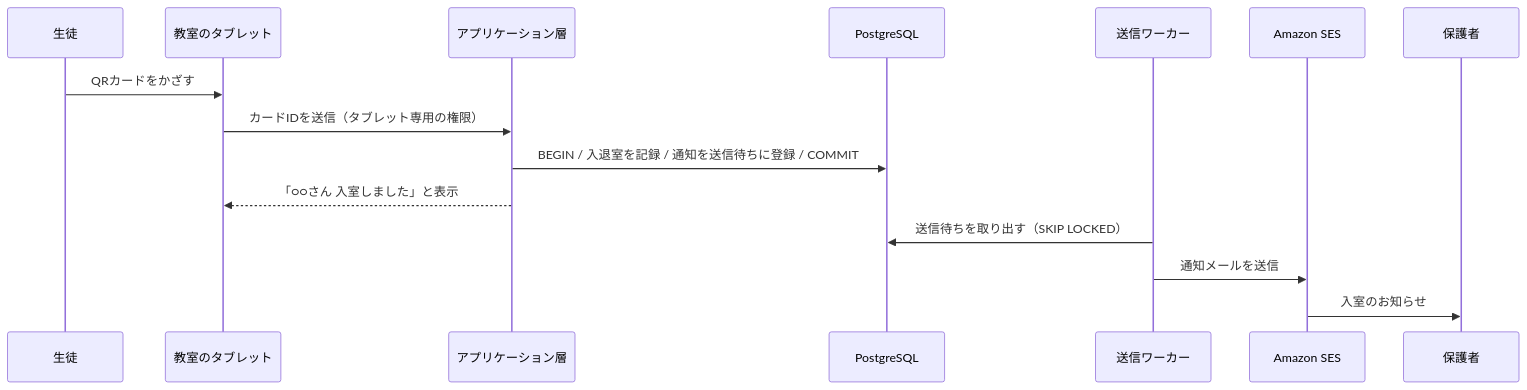
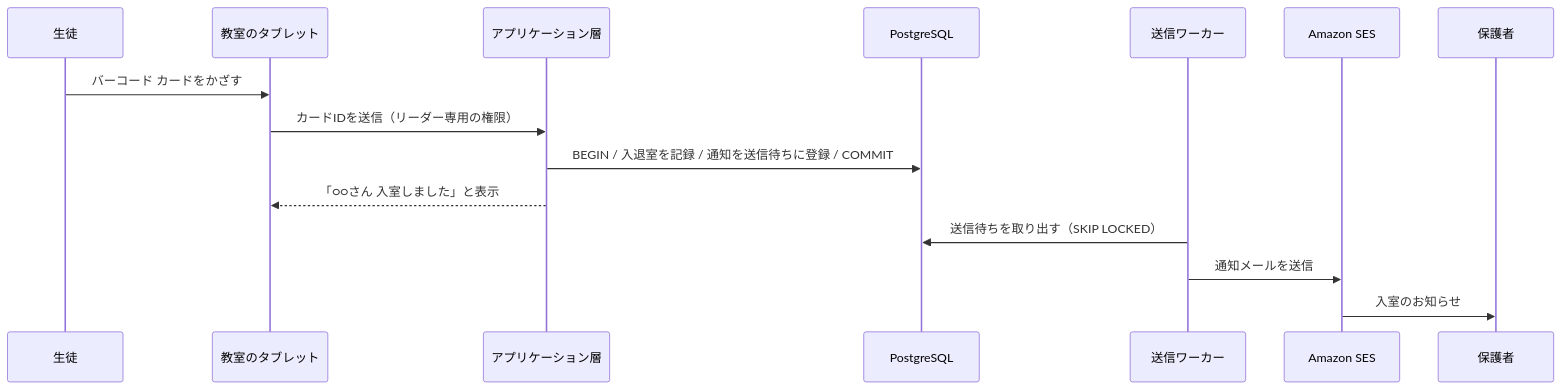
One commit to htatemura/classroom-sidecar changed the second of 2 diagrams in architecture.md. Above: the diagram before and after it, drawn with Mermaid. The commit also changed other lines of this file, not shown here.

````diff
--- a/architecture.md
+++ b/architecture.md
@@ -217,18 +217,18 @@
 ```mermaid
 sequenceDiagram
     participant S as 生徒
     participant K as 教室のタブレット
     participant A as アプリケーション層
     participant DB as PostgreSQL
     participant W as 送信ワーカー
     participant SES as Amazon SES
     participant P as 保護者
 
-    S->>K: QRカードをかざす
-    K->>A: カードIDを送信（タブレット専用の権限）
+    S->>K: バーコード カードをかざす
+    K->>A: カードIDを送信（リーダー専用の権限）
     A->>DB: BEGIN / 入退室を記録 / 通知を送信待ちに登録 / COMMIT
     A-->>K: 「○○さん 入室しました」と表示
     W->>DB: 送信待ちを取り出す（SKIP LOCKED）
     W->>SES: 通知メールを送信
     SES->>P: 入室のお知らせ
 ```
````
